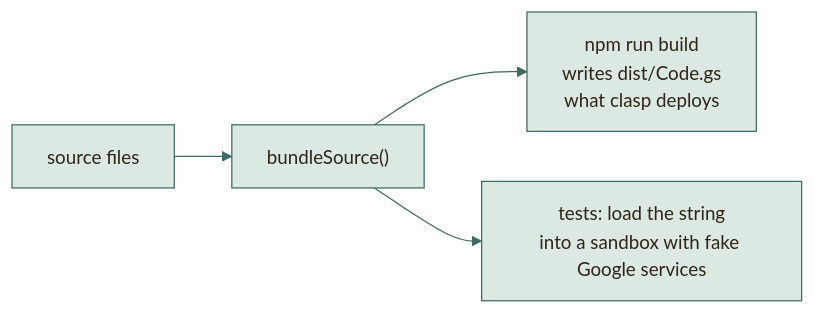
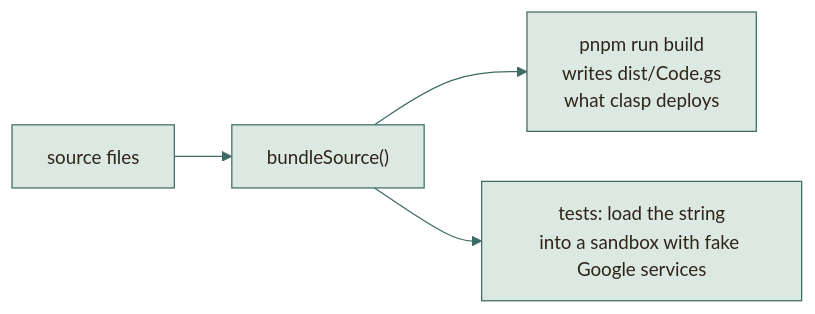
One commit to moyeh04/forms-platform changed the fourth of 4 diagrams in docs/architecture/BUILD-PIPELINE.md. Above: the diagram before and after it, drawn with Mermaid. The commit also changed other lines of this file and 26 other files, not shown here.

First line of the commit message:
build(deps): Install with pnpm in place of npm

````diff
--- a/docs/architecture/BUILD-PIPELINE.md
+++ b/docs/architecture/BUILD-PIPELINE.md
@@ -235,34 +235,34 @@
 ```mermaid
 %%{init: {
   'theme': 'base',
   'themeVariables': {
     'fontFamily': 'ui-sans-serif, system-ui, -apple-system, Segoe UI, Roboto, sans-serif',
     'fontSize': '15px',
     'primaryColor': '#DCE9E2', 'primaryBorderColor': '#3F6B66', 'primaryTextColor': '#2F2418',
     'secondaryColor': '#F0E4C8', 'secondaryBorderColor': '#C9A24A', 'secondaryTextColor': '#2F2418',
     'tertiaryColor': '#F6EFDC', 'tertiaryBorderColor': '#CDBB94', 'tertiaryTextColor': '#2F2418',
     'lineColor': '#3F6B66', 'textColor': '#2F2418', 'mainBkg': '#DCE9E2', 'nodeBorder': '#3F6B66',
     'clusterBkg': '#F6EFDC', 'clusterBorder': '#CDBB94', 'titleColor': '#2F2418',
     'edgeLabelBackground': '#F8F1DD',
     'actorBkg': '#DCE9E2', 'actorBorder': '#3F6B66', 'actorTextColor': '#2F2418', 'actorLineColor': '#8FB3AB',
     'signalColor': '#477A73', 'signalTextColor': '#477A73',
     'labelBoxBkgColor': '#F0E4C8', 'labelBoxBorderColor': '#C9A24A', 'labelTextColor': '#2F2418', 'loopTextColor': '#6A5A44',
     'noteBkgColor': '#FBEFC9', 'noteBorderColor': '#C9A24A', 'noteTextColor': '#2F2418',
     'activationBkgColor': '#DCE9E2', 'activationBorderColor': '#3F6B66', 'sequenceNumberColor': '#F8F1DD',
     'transitionColor': '#3F6B66', 'stateLabelColor': '#2F2418', 'stateBkg': '#DCE9E2', 'altBackground': '#F6EFDC',
     'attributeBackgroundColorOdd': '#F8F1DD', 'attributeBackgroundColorEven': '#F0E4C8'
   },
   'flowchart': {'curve': 'basis', 'padding': 14, 'nodeSpacing': 40, 'rankSpacing': 46},
   'sequence': {'mirrorActors': false, 'messageMargin': 34, 'boxMargin': 8}
 }}%%
 flowchart LR
     src["source files"] --> bs["bundleSource()"]
-    bs --> disk["npm run build<br/>writes dist/Code.gs<br/>what clasp deploys"]
+    bs --> disk["pnpm run build<br/>writes dist/Code.gs<br/>what clasp deploys"]
     bs --> sandbox["tests: load the string<br/>into a sandbox with fake Google services"]
     classDef cDb fill:#F3E2B3,stroke:#B8892D,stroke-width:1.5px,color:#2F2418
     classDef cActor fill:#F4D9D3,stroke:#9A3328,stroke-width:1.5px,color:#2F2418
     classDef cDec fill:#FBEFC9,stroke:#C9A24A,stroke-width:1.5px,color:#2F2418
     classDef cEnd fill:#2F2418,stroke:#2F2418,color:#F8F1DD
     classDef cErr fill:#F6D5CF,stroke:#A12B1F,stroke-width:1.5px,color:#5A140C
     classDef cOk fill:#BFD9CF,stroke:#2E5A55,stroke-width:1.5px,color:#17302D
 ```
````
